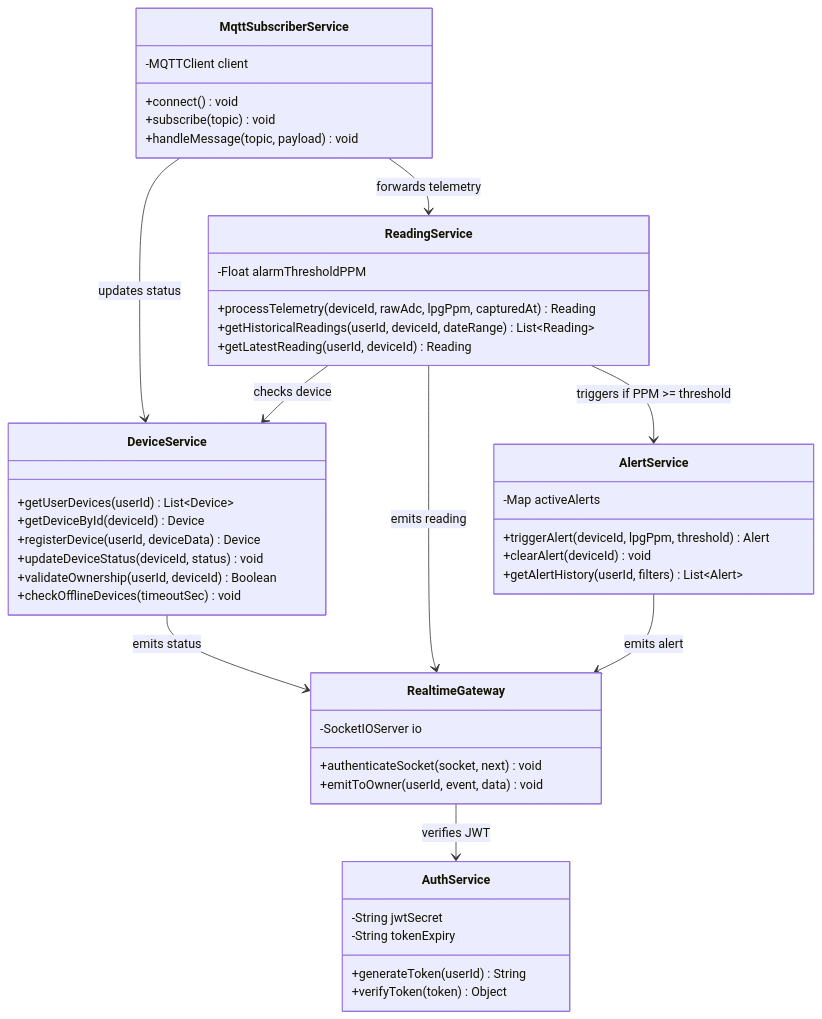
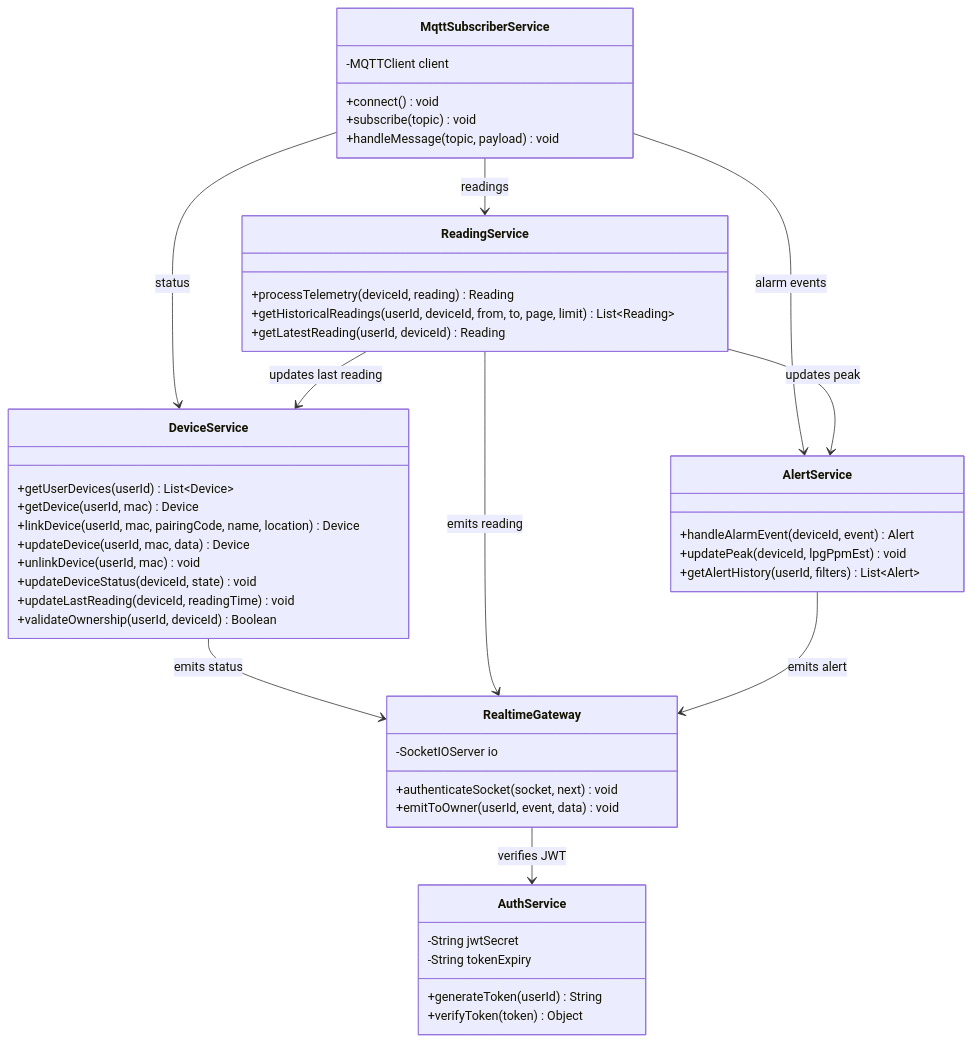
The second of 2 diagrams in docs/stage-3-Mermaid-UML-Class-Diagram.md (abdularhman2341/air-quality-monitoring-system), drawn with Mermaid before and after one commit. The commit also changed other lines of this file and 14 other files, not shown here.

Commit message:
Align Stage 3 docs and diagrams with API specification

````diff
--- a/docs/stage-3-Mermaid-UML-Class-Diagram.md
+++ b/docs/stage-3-Mermaid-UML-Class-Diagram.md
@@ -100,56 +111,57 @@
 ```mermaid
 classDiagram
     direction TB
 
     class MqttSubscriberService {
         -MQTTClient client
         +connect() void
         +subscribe(topic) void
         +handleMessage(topic, payload) void
     }
 
     class DeviceService {
         +getUserDevices(userId) List~Device~
-        +getDeviceById(deviceId) Device
-        +registerDevice(userId, deviceData) Device
-        +updateDeviceStatus(deviceId, status) void
+        +getDevice(userId, mac) Device
+        +linkDevice(userId, mac, pairingCode, name, location) Device
+        +updateDevice(userId, mac, data) Device
+        +unlinkDevice(userId, mac) void
+        +updateDeviceStatus(deviceId, state) void
+        +updateLastReading(deviceId, readingTime) void
         +validateOwnership(userId, deviceId) Boolean
-        +checkOfflineDevices(timeoutSec) void
     }
 
     class ReadingService {
-        -Float alarmThresholdPPM
-        +processTelemetry(deviceId, rawAdc, lpgPpm, capturedAt) Reading
-        +getHistoricalReadings(userId, deviceId, dateRange) List~Reading~
+        +processTelemetry(deviceId, reading) Reading
+        +getHistoricalReadings(userId, deviceId, from, to, page, limit) List~Reading~
         +getLatestReading(userId, deviceId) Reading
     }
 
     class AlertService {
-        -Map activeAlerts
-        +triggerAlert(deviceId, lpgPpm, threshold) Alert
-        +clearAlert(deviceId) void
+        +handleAlarmEvent(deviceId, event) Alert
+        +updatePeak(deviceId, lpgPpmEst) void
         +getAlertHistory(userId, filters) List~Alert~
     }
 
     class AuthService {
         -String jwtSecret
         -String tokenExpiry
         +generateToken(userId) String
         +verifyToken(token) Object
     }
 
     class RealtimeGateway {
         -SocketIOServer io
         +authenticateSocket(socket, next) void
         +emitToOwner(userId, event, data) void
     }
 
-    MqttSubscriberService --> DeviceService : updates status
-    MqttSubscriberService --> ReadingService : forwards telemetry
-    ReadingService --> AlertService : triggers if PPM >= threshold
-    ReadingService --> DeviceService : checks device
+    MqttSubscriberService --> ReadingService : readings
+    MqttSubscriberService --> AlertService : alarm events
+    MqttSubscriberService --> DeviceService : status
+    ReadingService --> DeviceService : updates last reading
+    ReadingService --> AlertService : updates peak
     DeviceService --> RealtimeGateway : emits status
     ReadingService --> RealtimeGateway : emits reading
     AlertService --> RealtimeGateway : emits alert
     RealtimeGateway --> AuthService : verifies JWT
 ```
````
